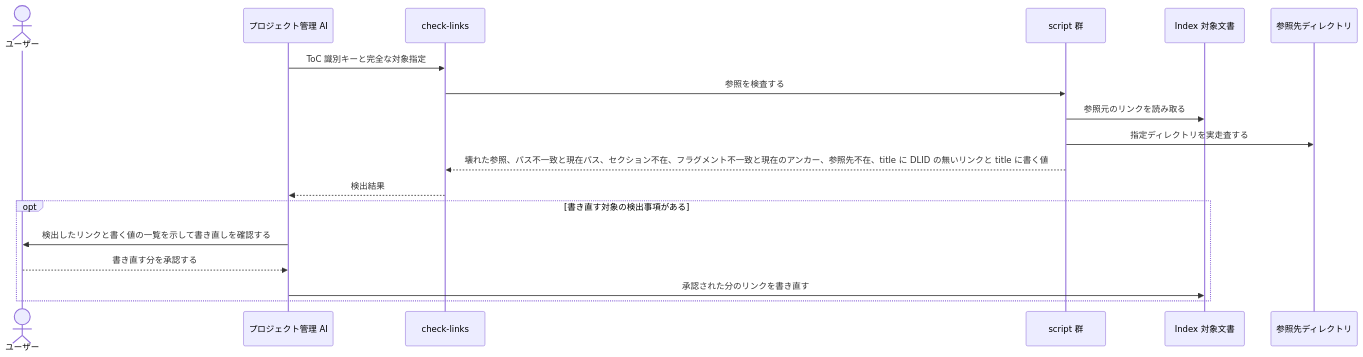
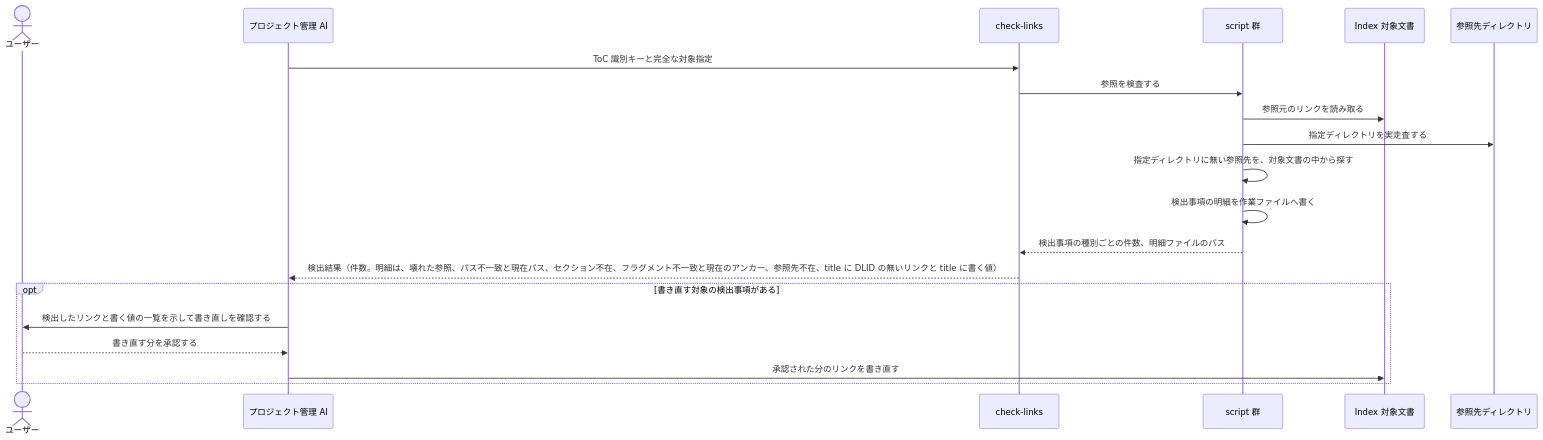
One commit to BlueEventHorizon/doc-link changed the sixth of 10 diagrams in docs/specs/design/DES-010_skill-composition.md. Above: the diagram before and after it, drawn with Mermaid. The commit also changed other lines of this file and 59 other files, not shown here.

````diff
--- a/docs/specs/design/DES-010_skill-composition.md
+++ b/docs/specs/design/DES-010_skill-composition.md
@@ -273,21 +275,23 @@
 ```mermaid
 sequenceDiagram
     actor User as ユーザー
     participant PM as プロジェクト管理 AI
     participant Skill as check-links
     participant Scripts as script 群
     participant Docs as Index 対象文書
     participant RefDirs as 参照先ディレクトリ
 
     PM->>Skill: ToC 識別キーと完全な対象指定
     Skill->>Scripts: 参照を検査する
     Scripts->>Docs: 参照元のリンクを読み取る
     Scripts->>RefDirs: 指定ディレクトリを実走査する
-    Scripts-->>Skill: 壊れた参照、パス不一致と現在パス、セクション不在、フラグメント不一致と現在のアンカー、参照先不在、title に DLID の無いリンクと title に書く値
-    Skill-->>PM: 検出結果
+    Scripts->>Scripts: 指定ディレクトリに無い参照先を、対象文書の中から探す
+    Scripts->>Scripts: 検出事項の明細を作業ファイルへ書く
+    Scripts-->>Skill: 検出事項の種別ごとの件数、明細ファイルのパス
+    Skill-->>PM: 検出結果（件数。明細は、壊れた参照、パス不一致と現在パス、セクション不在、フラグメント不一致と現在のアンカー、参照先不在、title に DLID の無いリンクと title に書く値）
     opt 書き直す対象の検出事項がある
         PM->>User: 検出したリンクと書く値の一覧を示して書き直しを確認する
         User-->>PM: 書き直す分を承認する
         PM->>Docs: 承認された分のリンクを書き直す
     end
 ```
````
